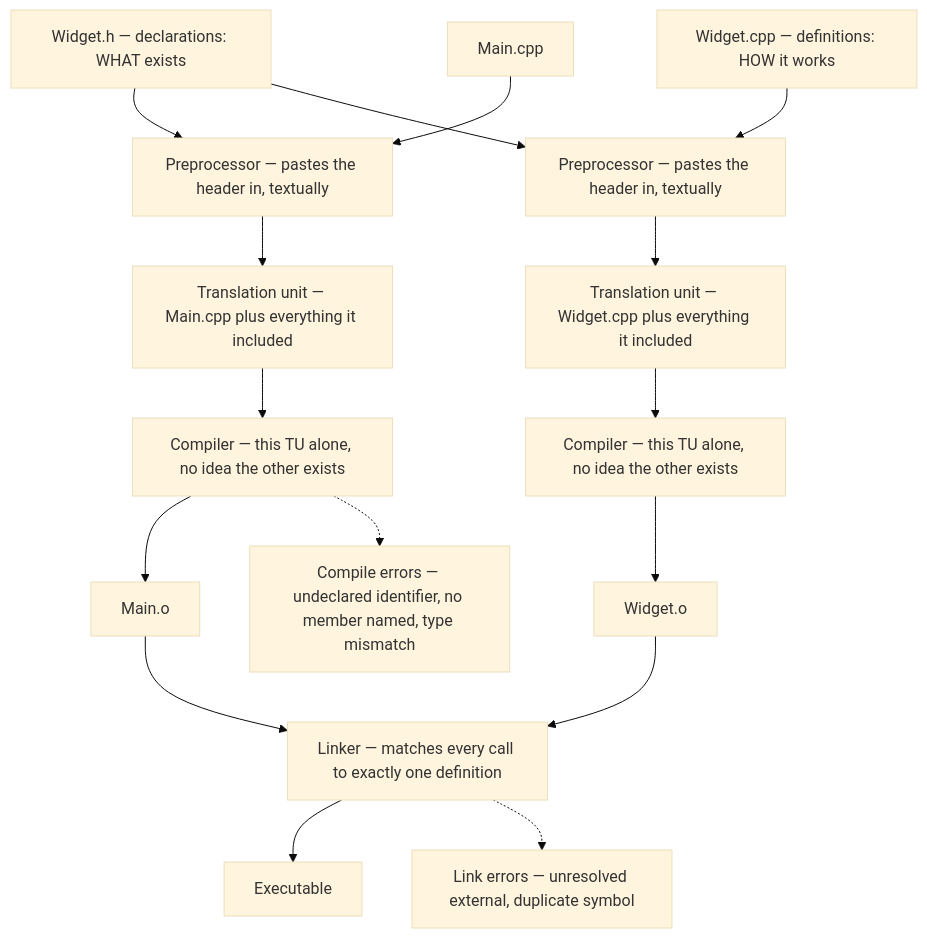
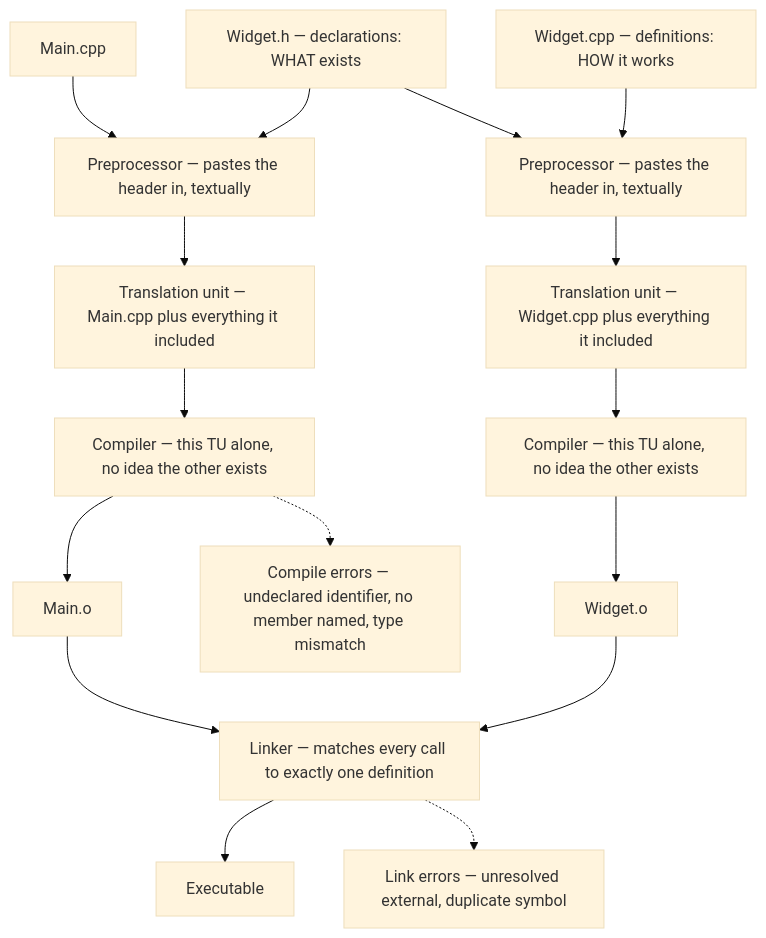
Before and after one commit to mkhomutov/going-unmanaged: the diagram in book/12-the-compilation-model.md, drawn with Mermaid (base theme). The commit also changed 2 other files, not shown here.

Commit message:
Fix three diagram layout problems found by rendering them
Rendering the four diagrams with mermaid in a browser — rather than
only parsing them — turned up three things parsing cannot see:

- Chapter 12: Widget.h was declared before Main.cpp, so dagre placed
  it leftmost and its edge to the second preprocessor crossed
  Main.cpp's edge to the first. Declaring Main.cpp first centres the
  header between its two consumers and the crossings disappear.
- Chapter 26: two sibling subgraphs render in reverse declaration
  order, so C++ appeared above C#. The book introduces C# first, so
  the subgraphs are now declared the other way round.
- Chapter 29: the alt showed only the alive == false branch, which
  reads as though a live callback never pushes. Nested alt now shows
  both, matching Trampoline exactly.

Text unchanged; these are node ordering and one added branch.

````diff
--- a/book/12-the-compilation-model.md
+++ b/book/12-the-compilation-model.md
@@ -17,18 +17,18 @@
 ```mermaid
 flowchart TD
+    M["Main.cpp"] --> PP1["Preprocessor — pastes the header in, textually"]
     H["Widget.h — declarations: WHAT exists"] --> PP1
-    M["Main.cpp"] --> PP1["Preprocessor — pastes the header in, textually"]
-    H --> PP2
-    W["Widget.cpp — definitions: HOW it works"] --> PP2["Preprocessor — pastes the header in, textually"]
+    H --> PP2["Preprocessor — pastes the header in, textually"]
+    W["Widget.cpp — definitions: HOW it works"] --> PP2
     PP1 --> TU1["Translation unit — Main.cpp plus everything it included"]
     PP2 --> TU2["Translation unit — Widget.cpp plus everything it included"]
     TU1 --> C1["Compiler — this TU alone, no idea the other exists"]
     TU2 --> C2["Compiler — this TU alone, no idea the other exists"]
     C1 --> O1["Main.o"]
     C2 --> O2["Widget.o"]
     O1 --> LK["Linker — matches every call to exactly one definition"]
     O2 --> LK
     LK --> EXE["Executable"]
     C1 -.-> CE["Compile errors — undeclared identifier, no member named, type mismatch"]
     LK -.-> LE["Link errors — unresolved external, duplicate symbol"]
 ```
````
